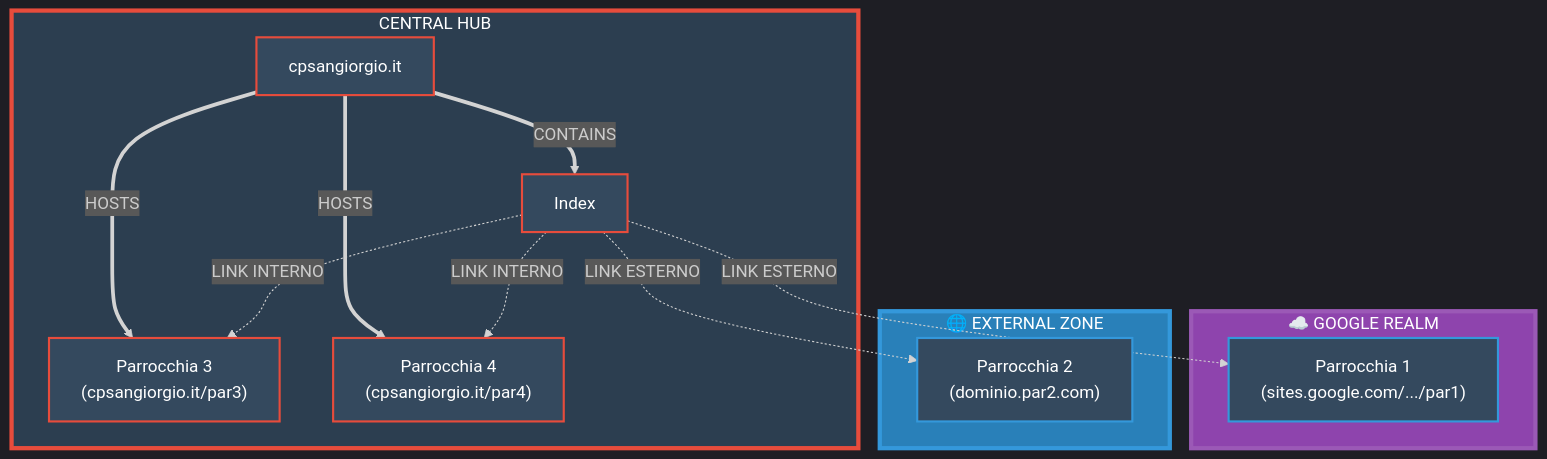
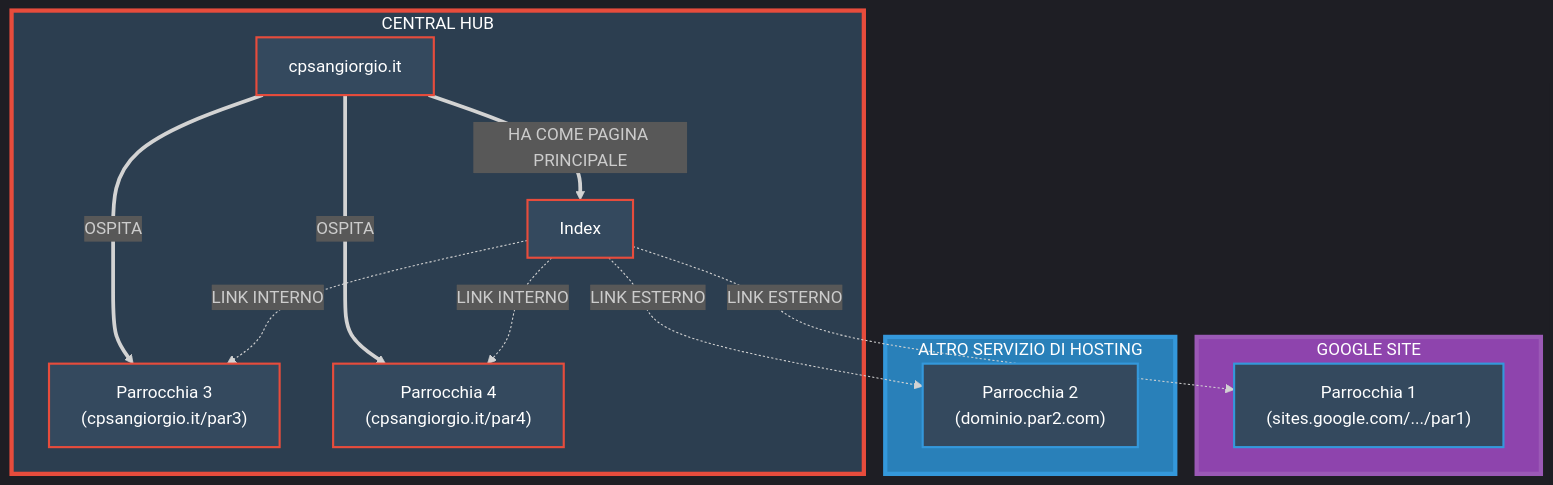
Before and after one commit to CoderXYZ7/CDGsite: the diagram in README.md, drawn with Mermaid.

````diff
--- a/README.md
+++ b/README.md
@@ -51,45 +51,45 @@
 ```mermaid
 %%{init: {
   'theme': 'dark',
   'themeVariables': {
     'fontSize': '16px',
     'fontFamily': 'arial',
     'lineWidth': '2px'
   }
 }}%%
 
 graph TD
     classDef mainServer fill:#2C3E50,stroke:#E74C3C,stroke-width:3px
     classDef google fill:#8E44AD,stroke:#9B59B6,stroke-width:3px
     classDef other fill:#2980B9,stroke:#3498DB,stroke-width:3px
     classDef mainNode fill:#34495E,stroke:#E74C3C,stroke-width:2px,color:#fff
     classDef linkNode fill:#34495E,stroke:#3498DB,stroke-width:2px,color:#fff
 
     subgraph MainServer["CENTRAL HUB"]
         A["cpsangiorgio.it"]:::mainNode
         B["Index"]:::mainNode
         C["Parrocchia 3<br/>(cpsangiorgio.it/par3)"]:::mainNode
         D["Parrocchia 4<br/>(cpsangiorgio.it/par4)"]:::mainNode
     end
 
-    subgraph GoogleSite["☁️ GOOGLE REALM"]
+    subgraph GoogleSite["GOOGLE SITE"]
         E["Parrocchia 1<br/>(sites.google.com/.../par1)"]:::linkNode
     end
 
-    subgraph OtherServer["🌐 EXTERNAL ZONE"]
+    subgraph OtherServer["ALTRO SERVIZIO DI HOSTING"]
         F["Parrocchia 2<br/>(dominio.par2.com)"]:::linkNode
     end
 
     %% Dynamic connections
-    A ==>|"CONTAINS"| B
-    A ==>|"HOSTS"| C
-    A ==>|"HOSTS"| D
+    A ==>|"HA COME PAGINA PRINCIPALE"| B
+    A ==>|"OSPITA"| C
+    A ==>|"OSPITA"| D
     B -.->|"LINK INTERNO"| C
     B -.->|"LINK INTERNO"| D
     B -.->|"LINK ESTERNO"| E
     B -.->|"LINK ESTERNO"| F
 
     style MainServer fill:#2C3E50,stroke:#E74C3C,stroke-width:4px,color:#fff
     style GoogleSite fill:#8E44AD,stroke:#9B59B6,stroke-width:4px,color:#fff
     style OtherServer fill:#2980B9,stroke:#3498DB,stroke-width:4px,color:#fff
 ```
````
